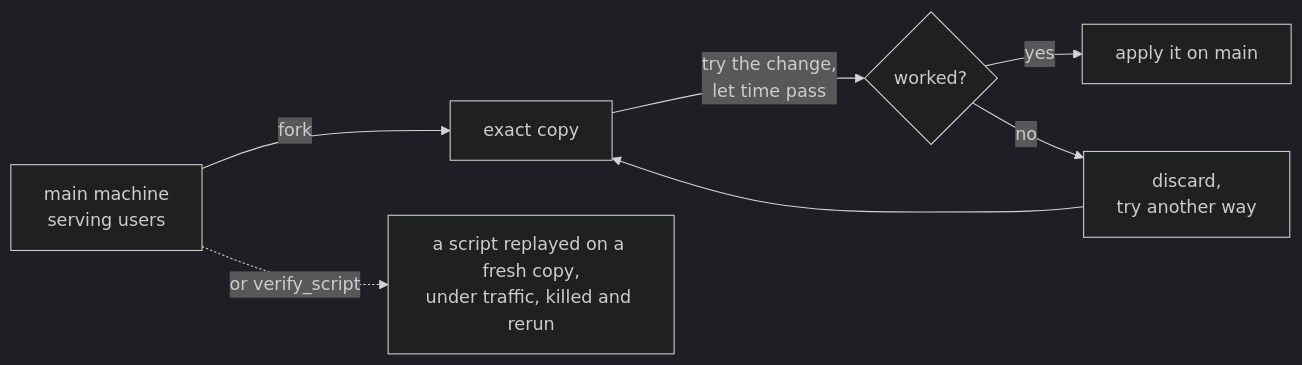
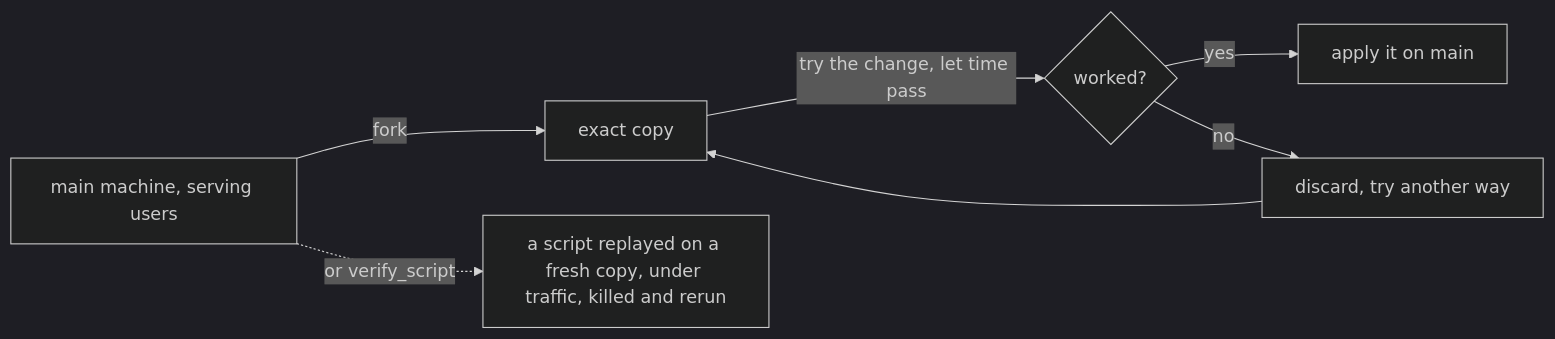
One commit to Geawher/chronobox changed the diagram in README.md. Above: the diagram before and after it, drawn with Mermaid (dark theme).

Commit message:
README: a diagram GitHub renders

````diff
--- a/README.md
+++ b/README.md
@@ -46,9 +46,9 @@
 ```mermaid
 flowchart LR
-    main["main machine<br/>serving users"] -- fork --> copy["exact copy"]
-    copy -- "try the change,<br/>let time pass" --> worked{"worked?"}
-    worked -- yes --> apply["apply it on main"]
-    worked -- no --> discard["discard,<br/>try another way"]
+    main["main machine, serving users"] -->|fork| copy["exact copy"]
+    copy -->|"try the change, let time pass"| worked{"worked?"}
+    worked -->|yes| apply["apply it on main"]
+    worked -->|no| discard["discard, try another way"]
     discard --> copy
-    main -. "or verify_script" .-> handoff["a script replayed on a fresh copy,<br/>under traffic, killed and rerun"]
+    main -.->|or verify_script| handoff["a script replayed on a fresh copy, under traffic, killed and rerun"]
 ```
````
